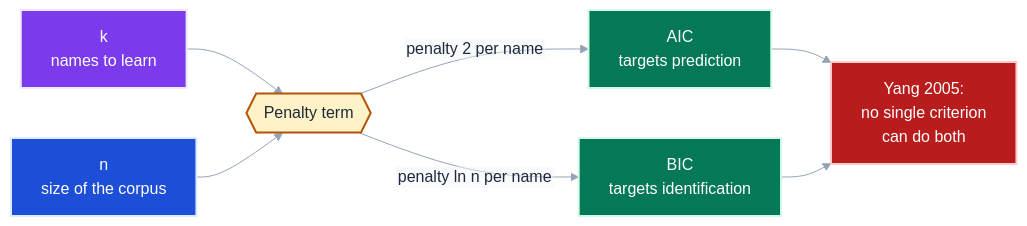
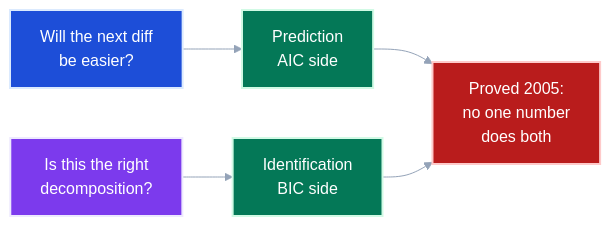
Before and after one commit to neozenith/pytest-xharness-eval: the fifth of 6 diagrams in docs/plans/maintainability/description-length.md, drawn with Mermaid. The commit also changed other lines of this file and 5 other files, not shown here.

````diff
--- a/docs/plans/maintainability/description-length.md
+++ b/docs/plans/maintainability/description-length.md
@@ -140,17 +353,15 @@
 ```mermaid
 %%{init: {"theme":"base","flowchart":{"htmlLabels":false},"themeVariables":{"primaryTextColor":"#1e293b","textColor":"#1e293b","lineColor":"#94a3b8","edgeLabelBackground":"#f1f5f9"}}}%%
 flowchart LR
-    K["k<br/>names to learn"]:::model --> P{{"Penalty term"}}:::total
-    N["n<br/>size of the corpus"]:::residual --> P
-    P -->|"penalty 2 per name"| AIC["AIC<br/>targets prediction"]:::code
-    P -->|"penalty ln n per name"| BIC["BIC<br/>targets identification"]:::code
-    AIC --> Y["Yang 2005:<br/>no single criterion<br/>can do both"]:::warning
-    BIC --> Y
+    Q1["Will the next diff<br/>be easier?"]:::leftover --> A["Prediction<br/>AIC side"]:::good
+    Q2["Is this the right<br/>decomposition?"]:::rule --> B["Identification<br/>BIC side"]:::good
+    A --> N["Proved 2005:<br/>no one number<br/>does both"]:::warning
+    B --> N
 
-    classDef model fill:#7c3aed,stroke:#ede9fe,color:#ffffff,stroke-width:2px
-    classDef residual fill:#1d4ed8,stroke:#dbeafe,color:#ffffff,stroke-width:2px
+    classDef rule fill:#7c3aed,stroke:#ede9fe,color:#ffffff,stroke-width:2px
+    classDef leftover fill:#1d4ed8,stroke:#dbeafe,color:#ffffff,stroke-width:2px
     classDef total fill:#fef3c7,stroke:#b45309,color:#1e293b,stroke-width:2px
     classDef formal fill:#334155,stroke:#cbd5e1,color:#ffffff,stroke-width:2px
-    classDef code fill:#047857,stroke:#d1fae5,color:#ffffff,stroke-width:2px
+    classDef good fill:#047857,stroke:#d1fae5,color:#ffffff,stroke-width:2px
     classDef warning fill:#b91c1c,stroke:#fecaca,color:#ffffff,stroke-width:2px
 ```
````
